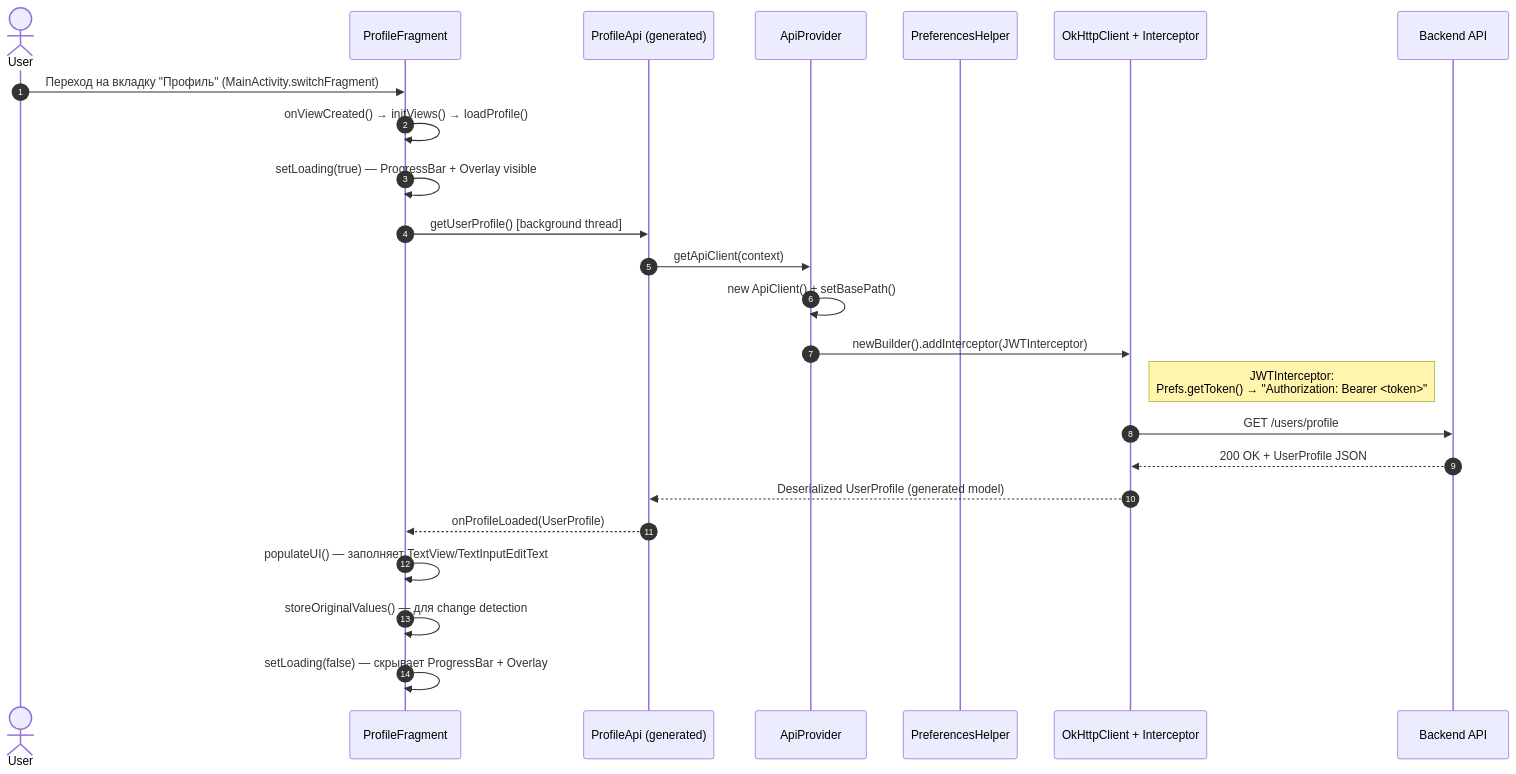
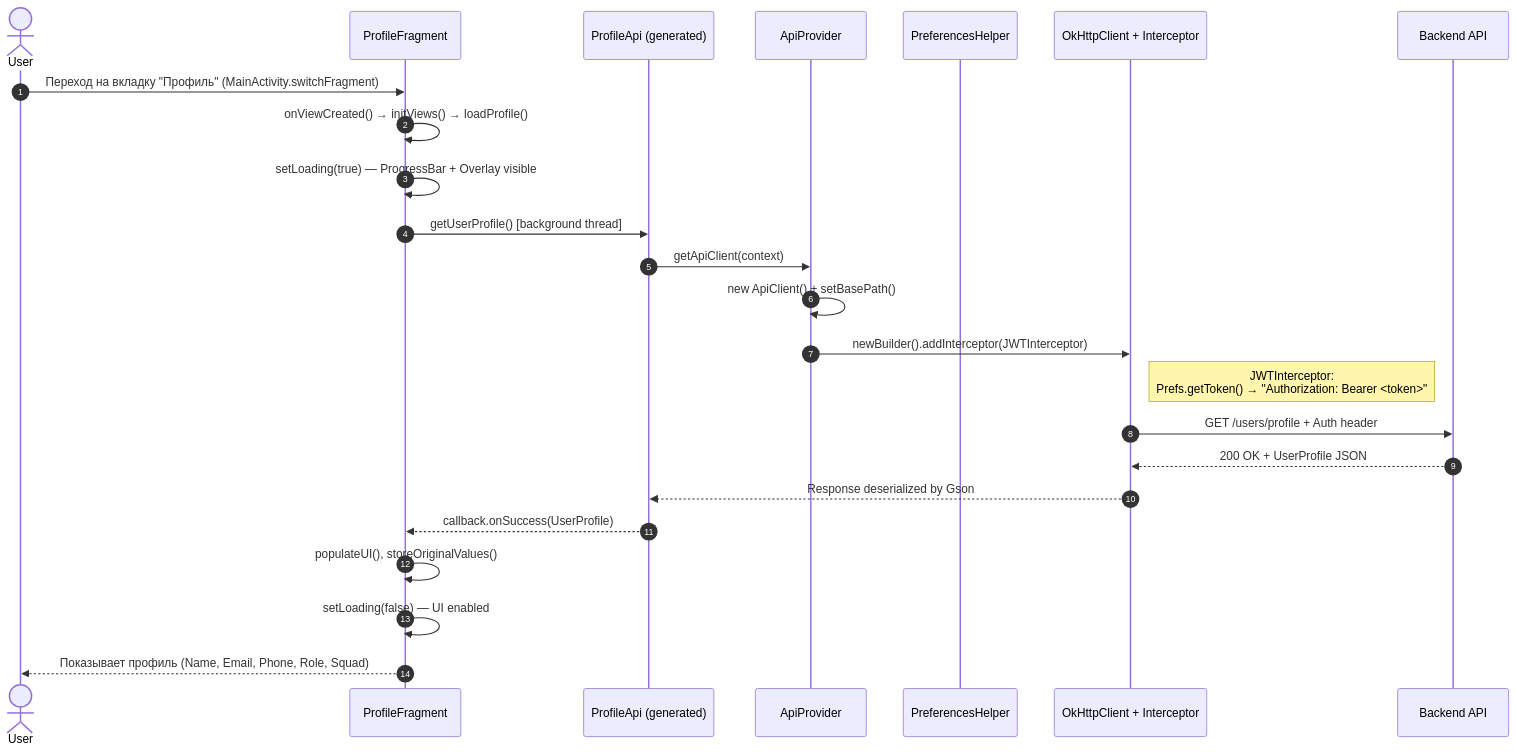
The fifth of 9 diagrams in ARCHITECTURE.md (Macsik121/campus_ui), drawn with Mermaid before and after one commit. The commit also changed other lines of this file and 4 other files, not shown here.

````diff
--- a/ARCHITECTURE.md
+++ b/ARCHITECTURE.md
@@ -202,27 +190,27 @@
 ```mermaid
 sequenceDiagram
     autonumber
     actor User
     participant ProfileF as ProfileFragment
     participant ProfileApi as ProfileApi (generated)
     participant ApiProvider as ApiProvider
     participant Prefs as PreferencesHelper
     participant OkHttp as OkHttpClient + Interceptor
     participant Server as Backend API
 
     User->>ProfileF: Переход на вкладку "Профиль" (MainActivity.switchFragment)
     ProfileF->>ProfileF: onViewCreated() → initViews() → loadProfile()
     ProfileF->>ProfileF: setLoading(true) — ProgressBar + Overlay visible
     ProfileF->>ProfileApi: getUserProfile() [background thread]
     ProfileApi->>ApiProvider: getApiClient(context)
     ApiProvider->>ApiProvider: new ApiClient() + setBasePath()
     ApiProvider->>OkHttp: newBuilder().addInterceptor(JWTInterceptor)
     Note right of OkHttp: JWTInterceptor:<br/>Prefs.getToken() → "Authorization: Bearer <token>"
-    OkHttp->>Server: GET /users/profile
+    OkHttp->>Server: GET /users/profile + Auth header
     Server-->>OkHttp: 200 OK + UserProfile JSON
-    OkHttp-->>ProfileApi: Deserialized UserProfile (generated model)
-    ProfileApi-->>ProfileF: onProfileLoaded(UserProfile)
-    ProfileF->>ProfileF: populateUI() — заполняет TextView/TextInputEditText
-    ProfileF->>ProfileF: storeOriginalValues() — для change detection
-    ProfileF->>ProfileF: setLoading(false) — скрывает ProgressBar + Overlay
+    OkHttp-->>ProfileApi: Response deserialized by Gson
+    ProfileApi-->>ProfileF: callback.onSuccess(UserProfile)
+    ProfileF->>ProfileF: populateUI(), storeOriginalValues()
+    ProfileF->>ProfileF: setLoading(false) — UI enabled
+    ProfileF-->>User: Показывает профиль (Name, Email, Phone, Role, Squad)
 ```
````
